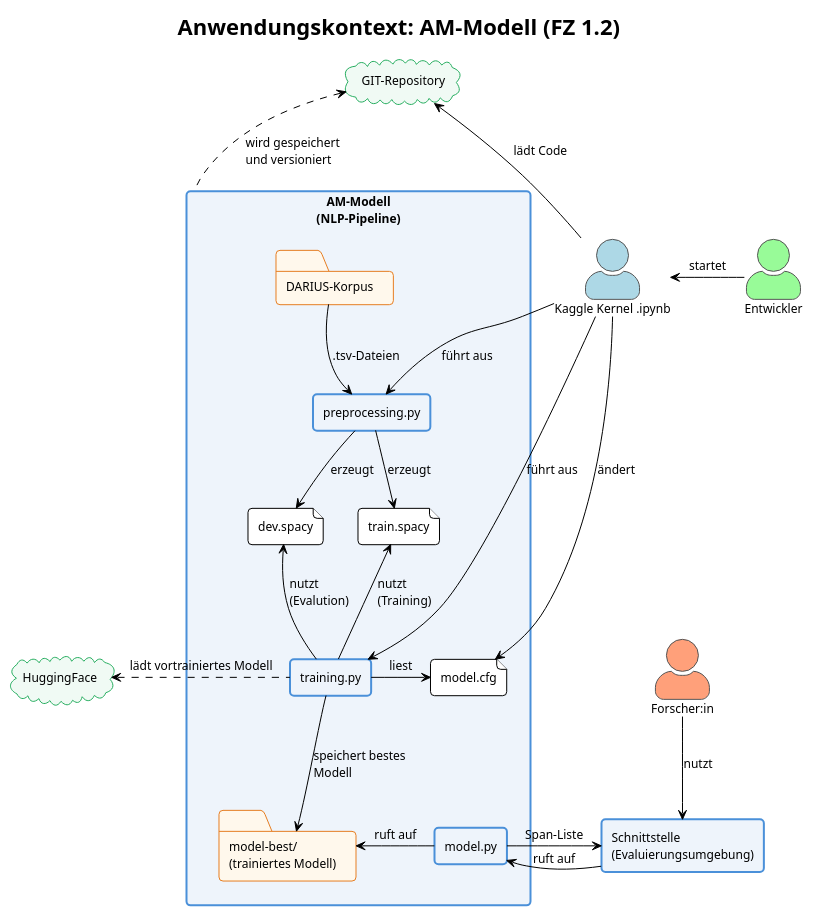
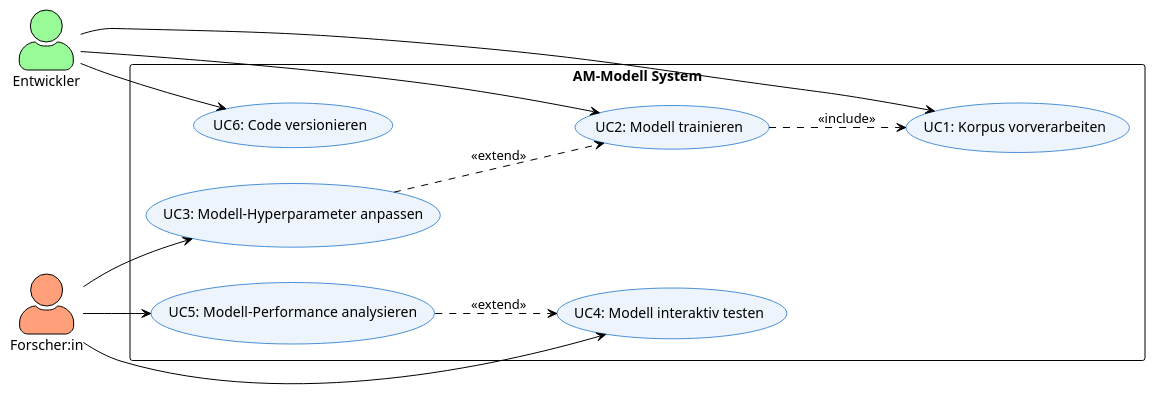
Before and after one commit to felixdrescher/german_am_modell: the diagram in documentation/model/use-context.plantuml, drawn with PlantUML. The commit also changed 4 other files, not shown here.

```diff
--- a/documentation/model/use-context.plantuml
+++ b/documentation/model/use-context.plantuml
@@ -1,77 +1,42 @@
-@startuml FZ12_Anwendungskontext
+@startuml Use-Case Modell
 !theme plain
-skinparam defaultFontName Arial
-skinparam defaultFontSize 12
-skinparam roundcorner 8
 skinparam actorStyle awesome
 
-skinparam rectangle {
+skinparam usecase {
     BackgroundColor #EEF4FB
     BorderColor #4A90D9
-    BorderThickness 2
-}
-skinparam actor {
-    BackgroundColor #FAFAFA
-    BorderColor #555
-}
-skinparam folder {
-    BackgroundColor #FFF8EC
-    BorderColor #E67E22
-}
-skinparam cloud {
-    BackgroundColor #F0FAF4
-    BorderColor #27AE60
 }
 
-title Anwendungskontext: AM-Modell (FZ 1.2)
+left to right direction
 
 ' ── Akteure ──────────────────────────────────────────────
 actor "Entwickler" as DEV #PaleGreen
 actor "Forscher:in" as RESEARCHER #LightSalmon
-actor "Kaggle Kernel .ipynb" as KAGGLE #LightBlue
 
-' ── Externes System im Fokus ─────────────────────────────
-rectangle "AM-Modell\n(NLP-Pipeline)" as AM {
-    folder "DARIUS-Korpus" as DARIUS
-    rectangle "preprocessing.py" as PRE
-    file "dev.spacy" as DTEST
-    file "train.spacy" as DTRAIN
-    rectangle "training.py" as TRAIN
-    file "model.cfg" as CFG 
-    rectangle "model.py" as INF
-    folder "model-best/\n(trainiertes Modell)" as MODEL
+' ── Use Cases ─────────────────────────────────────────────
+rectangle "AM-Modell System" {
+    usecase "UC1: Korpus vorverarbeiten" as UC1
+    usecase "UC2: Modell trainieren" as UC2
+    usecase "UC3: Modell-Hyperparameter anpassen" as UC3
+    usecase "UC4: Modell interaktiv testen" as UC4
+    usecase "UC5: Modell-Performance analysieren" as UC5
+    usecase "UC6: Code versionieren" as UC6
 }
 
-' ── Externe Datenquellen ──────────────────────────────────
-cloud "HuggingFace" as HF
-cloud "GIT-Repository" as GIT
+' ── Beziehungen ───────────────────────────────────────────
+' Entwickler fokussiert auf Setup und Code
+DEV --> UC1
+DEV --> UC6
+DEV --> UC2
 
-' ── Streamlit App (Nachbarsystem) ────────────────────────
-rectangle "Schnittstelle\n(Evaluierungsumgebung)" as UI
+' Forscher fokussiert auf Anwendung und Analyse
+RESEARCHER --> UC3
+RESEARCHER --> UC4
+RESEARCHER --> UC5
 
-' ── Beziehungen ───────────────────────────────────────────
-' extern
-RESEARCHER  -down-> UI              : nutzt
-KAGGLE      -up-> GIT               : lädt Code       
-DEV         -left-> KAGGLE          : startet
-
-' extern <-> intern
-UI          -left-> INF             : ruft auf
-INF         -right-> UI             : Span-Liste
-AM          -[dashed]up-> GIT       : wird gespeichert\lund versioniert
-KAGGLE      -down-> PRE             : führt aus
-KAGGLE      -down-> TRAIN           : führt aus
-KAGGLE      -down-> CFG             : ändert
-TRAIN       -[dashed]left-> HF      : lädt vortrainiertes Modell
-
-' intern
-DARIUS      -down-> PRE             : .tsv-Dateien
-PRE         -down-> DTRAIN          : erzeugt
-PRE         -down-> DTEST           : erzeugt
-TRAIN       -up-> DTRAIN            : nutzt\l(Training)
-TRAIN       -up-> DTEST             : nutzt\l(Evalution)
-TRAIN       -right-> CFG            : liest
-INF         -left-> MODEL           : ruft auf
-TRAIN       -down-> MODEL           : speichert bestes\lModell
+' Logische Abhängigkeiten
+UC2 ..> UC1 : <<include>>
+UC3 ..> UC2 : <<extend>>
+UC5 ..> UC4 : <<extend>>
 
 @enduml
```
